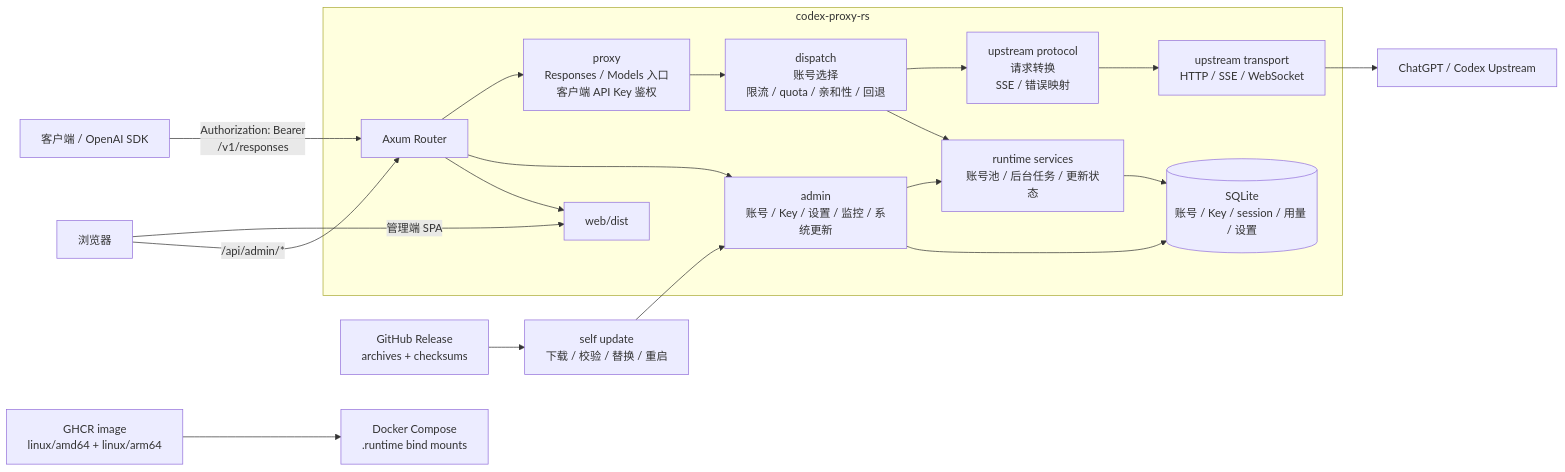
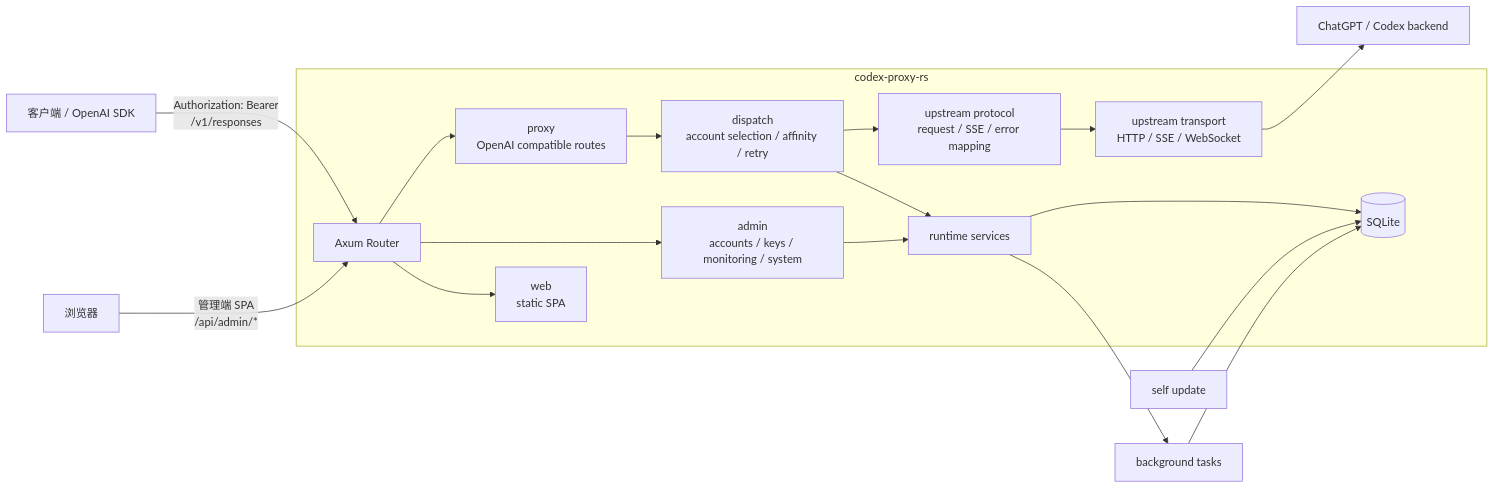
One commit to zyycn/codex-proxy-rs changed the diagram in docs/architecture.md. Above: the diagram before and after it, drawn with Mermaid. The commit also changed other lines of this file and 18 other files, not shown here.

````diff
--- a/docs/architecture.md
+++ b/docs/architecture.md
@@ -7,26 +7,24 @@
 ```mermaid
 flowchart LR
     Client["客户端 / OpenAI SDK"] -->|"Authorization: Bearer<br/>/v1/responses"| Http["Axum Router"]
-    Browser["浏览器"] -->|"管理端 SPA"| Web["web/dist"]
-    Browser -->|"/api/admin/*"| Http
+    Browser["浏览器"] -->|"管理端 SPA<br/>/api/admin/*"| Http
 
     subgraph App["codex-proxy-rs"]
-        Http --> Proxy["proxy<br/>Responses / Models 入口<br/>客户端 API Key 鉴权"]
-        Http --> Admin["admin<br/>账号 / Key / 设置 / 监控 / 系统更新"]
-        Http --> Web
+        Http --> Proxy["proxy<br/>OpenAI compatible routes"]
+        Http --> Admin["admin<br/>accounts / keys / monitoring / system"]
+        Http --> Web["web<br/>static SPA"]
 
-        Proxy --> Dispatch["dispatch<br/>账号选择<br/>限流 / quota / 亲和性 / 回退"]
-        Dispatch --> Protocol["upstream protocol<br/>请求转换<br/>SSE / 错误映射"]
+        Proxy --> Dispatch["dispatch<br/>account selection / affinity / retry"]
+        Dispatch --> Protocol["upstream protocol<br/>request / SSE / error mapping"]
         Protocol --> Transport["upstream transport<br/>HTTP / SSE / WebSocket"]
 
-        Admin --> Runtime["runtime services<br/>账号池 / 后台任务 / 更新状态"]
-        Dispatch --> Runtime
-        Runtime --> Store[("SQLite<br/>账号 / Key / session / 用量 / 设置")]
-        Admin --> Store
+        Admin --> Services["runtime services"]
+        Dispatch --> Services
+        Services --> Store[("SQLite")]
     end
 
-    Transport --> Upstream["ChatGPT / Codex Upstream"]
-    Release["GitHub Release<br/>archives + checksums"] --> Updater["self update<br/>下载 / 校验 / 替换 / 重启"]
-    Updater --> Admin
-    GHCR["GHCR image<br/>linux/amd64 + linux/arm64"] --> Docker["Docker Compose<br/>.runtime bind mounts"]
+    Transport --> Upstream["ChatGPT / Codex backend"]
+    Services --> Tasks["background tasks"]
+    Tasks --> Store
+    Updater["self update"] --> Store
 ```
````
